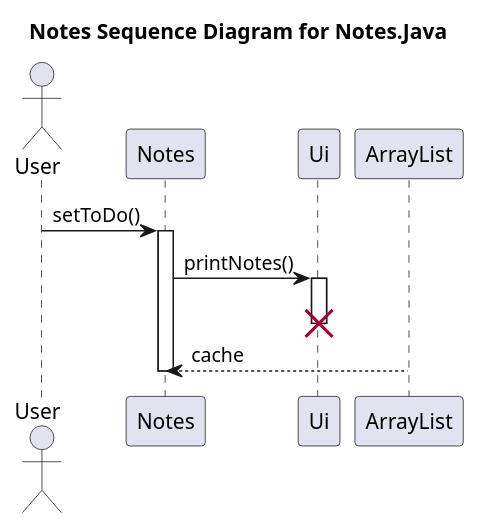
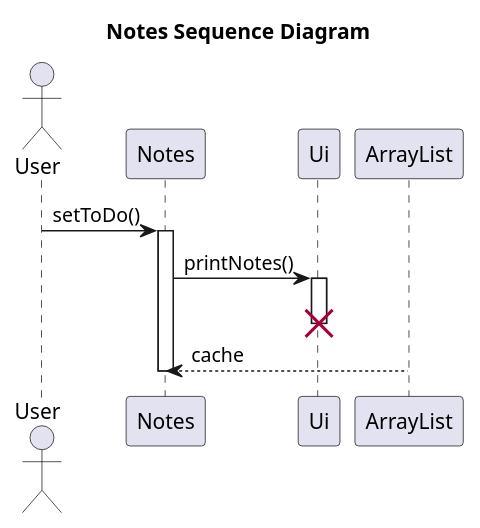
The diagram in docs/Notes.puml (nus-cs2113-AY2223S2/tp), drawn with PlantUML before and after one commit.

Commit message:
Edit title for sequence diagrams

```diff
--- a/docs/Notes.puml
+++ b/docs/Notes.puml
@@ -1,17 +1,17 @@
 @startuml
-title Notes Sequence Diagram for Notes.Java
+title Notes Sequence Diagram
 'https://plantuml.com/sequence-diagram
 
 actor User
 
 User -> Notes : setToDo()
 activate Notes
 
 Notes -> Ui : printNotes()
 activate Ui
 deactivate Ui
 destroy Ui
 ArrayList --> Notes : cache
 deactivate Notes
 
 @enduml
```
